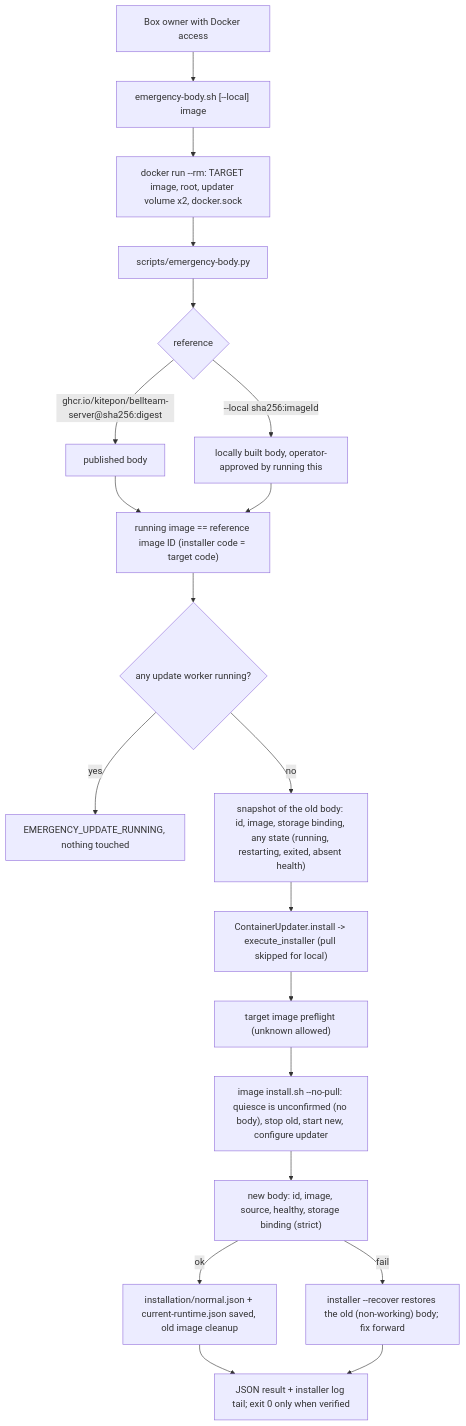
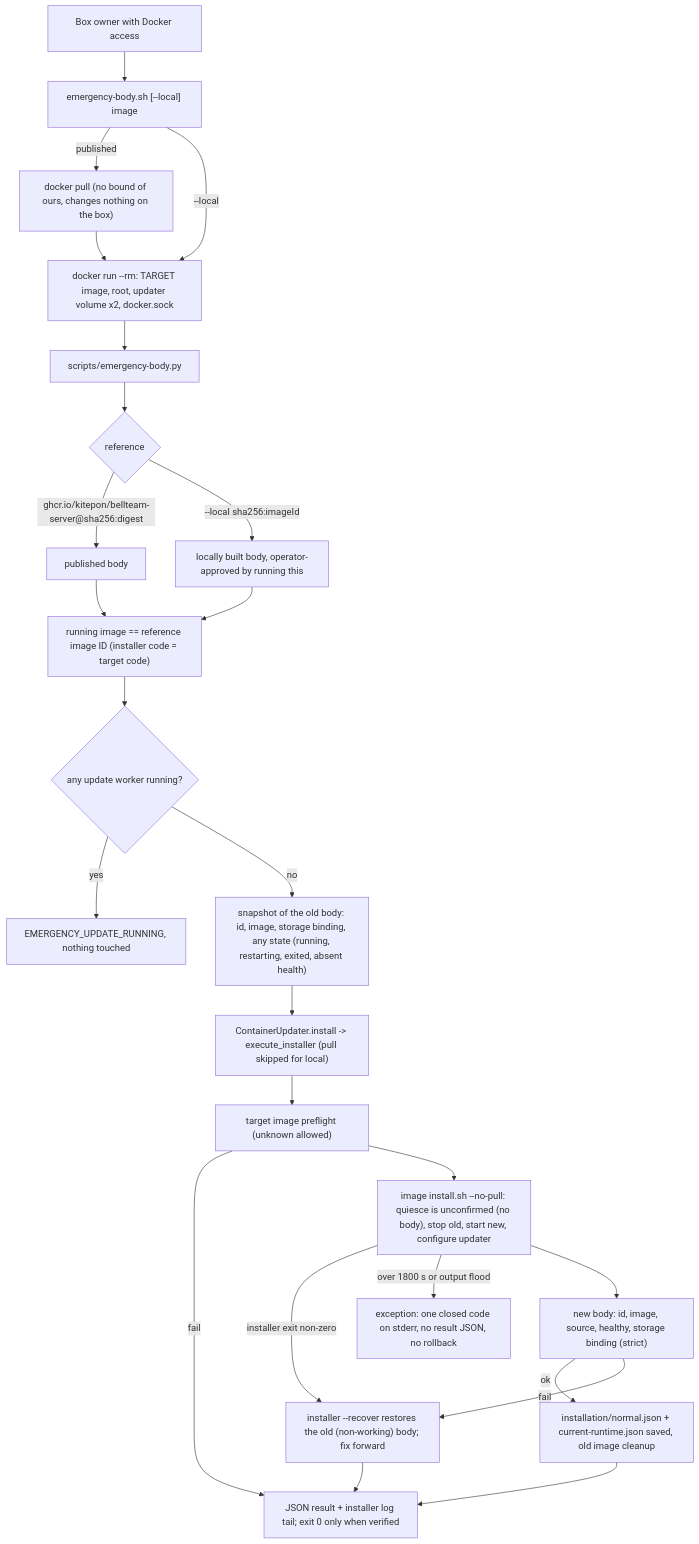
The first of 3 diagrams in docs/architecture/modules/runtime/emergency-body.md (kitepon/BellTeam), drawn with Mermaid before and after one commit. The commit also changed other lines of this file, not shown here.

Commit message:
a507d: function map and data-flow diagrams match the wrapper pull, preflight fail, installer failure and abort paths

````diff
--- a/docs/architecture/modules/runtime/emergency-body.md
+++ b/docs/architecture/modules/runtime/emergency-body.md
@@ -25,22 +25,27 @@
 ```mermaid
 flowchart TD
   Owner[Box owner with Docker access] --> Wrapper["emergency-body.sh [--local] image"]
-  Wrapper --> Run["docker run --rm: TARGET image, root, updater volume x2, docker.sock"]
+  Wrapper -->|published| WPull["docker pull (no bound of ours, changes nothing on the box)"]
+  WPull --> Run
+  Wrapper -->|"--local"| Run["docker run --rm: TARGET image, root, updater volume x2, docker.sock"]
   Run --> Entry["scripts/emergency-body.py"]
   Entry --> Ref{"reference"}
   Ref -->|"ghcr.io/kitepon/bellteam-server@sha256:digest"| Pub[published body]
   Ref -->|"--local sha256:imageId"| Loc[locally built body, operator-approved by running this]
   Pub --> Self["running image == reference image ID (installer code = target code)"]
   Loc --> Self
   Self --> Idle{"any update worker running?"}
   Idle -->|yes| Refuse[EMERGENCY_UPDATE_RUNNING, nothing touched]
   Idle -->|no| Old["snapshot of the old body: id, image, storage binding, any state (running, restarting, exited, absent health)"]
   Old --> Inst["ContainerUpdater.install -> execute_installer (pull skipped for local)"]
   Inst --> Pre["target image preflight (unknown allowed)"]
+  Pre -->|fail| Out
   Pre --> Swap["image install.sh --no-pull: quiesce is unconfirmed (no body), stop old, start new, configure updater"]
+  Swap -->|installer exit non-zero| Back
+  Swap -->|over 1800 s or output flood| Abort["exception: one closed code on stderr, no result JSON, no rollback"]
   Swap --> Verify["new body: id, image, source, healthy, storage binding (strict)"]
   Verify -->|ok| Save["installation/normal.json + current-runtime.json saved, old image cleanup"]
   Verify -->|fail| Back["installer --recover restores the old (non-working) body; fix forward"]
   Save --> Out["JSON result + installer log tail; exit 0 only when verified"]
   Back --> Out
 ```
````
